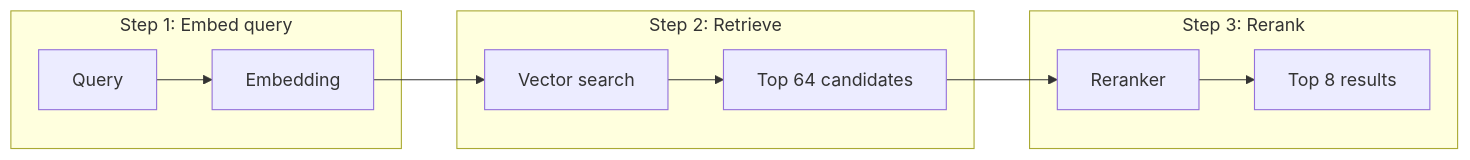
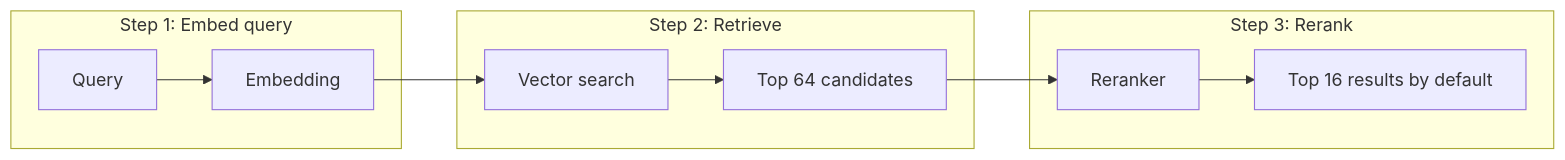
Before and after one commit to WeerayutBu/retriever: the diagram in README.md, drawn with Mermaid. The commit also changed other lines of this file and 2 other files, not shown here.

````diff
--- a/README.md
+++ b/README.md
@@ -7,14 +7,14 @@
 ```mermaid
 flowchart LR
     subgraph S1["Step 1: Embed query"]
         Q[Query] --> E[Embedding]
     end
     subgraph S2["Step 2: Retrieve"]
         V[Vector search] --> C[Top 64 candidates]
     end
     subgraph S3["Step 3: Rerank"]
-        R[Reranker] --> O[Top 8 results]
+        R[Reranker] --> O[Top 16 results by default]
     end
     E --> V
     C --> R
 ```
````
